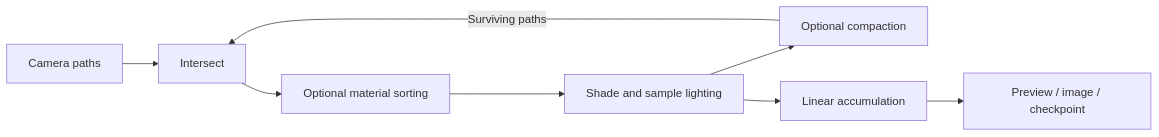
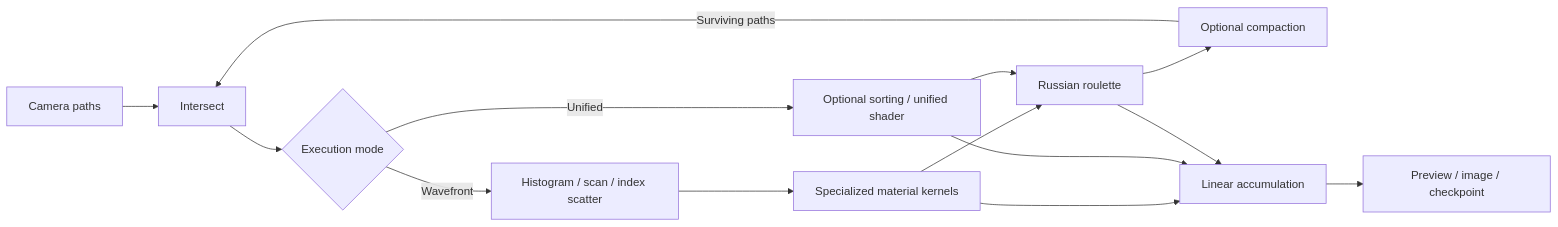
The diagram in README.md (CIS5650-Fall-2026/Project3-CUDA-Path-Tracer), drawn with Mermaid before and after one commit. The commit also changed other lines of this file and 3150 other files, not shown here.

Commit message:
Add wavefront rendering, roulette and procedural sculptures

````diff
--- a/README.md
+++ b/README.md
@@ -17,10 +17,16 @@
 ```mermaid
 flowchart LR
     A[Camera paths] --> B[Intersect]
-    B --> C[Optional material sorting]
-    C --> D[Shade and sample lighting]
-    D --> E[Optional compaction]
+    B --> C{Execution mode}
+    C -->|Wavefront| Q[Histogram / scan / index scatter]
+    Q --> D[Specialized material kernels]
+    C -->|Unified| U[Optional sorting / unified shader]
+    D --> R[Russian roulette]
+    U --> R
+    R --> E[Optional compaction]
     E -->|Surviving paths| B
     D --> F[Linear accumulation]
+    U --> F
+    R --> F
     F --> G[Preview / image / checkpoint]
 ```
````
